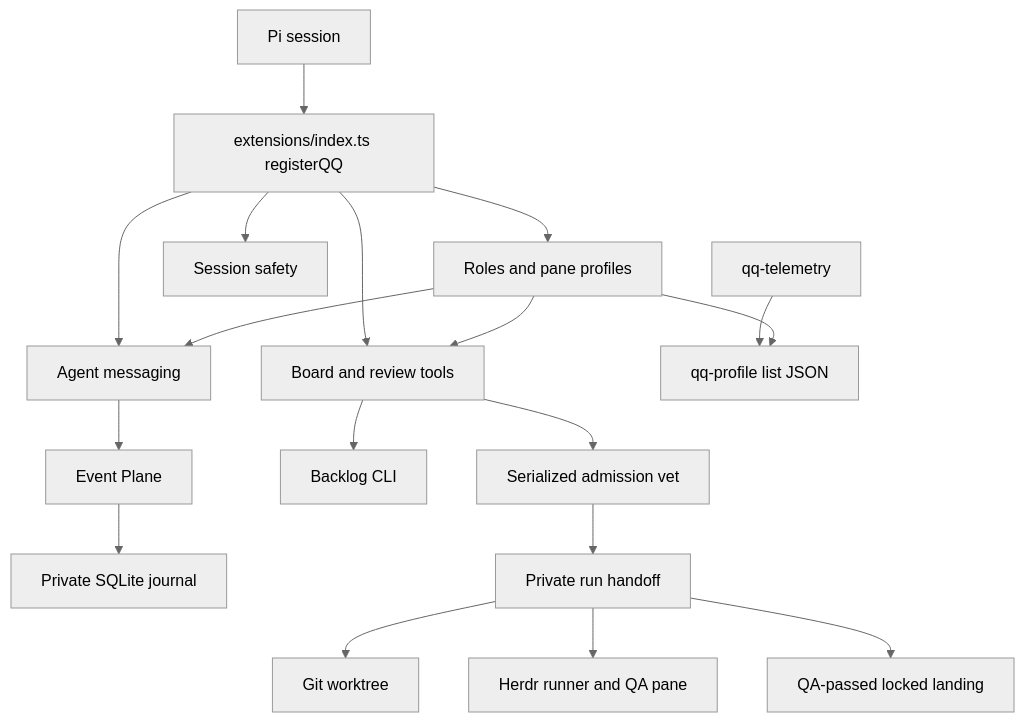
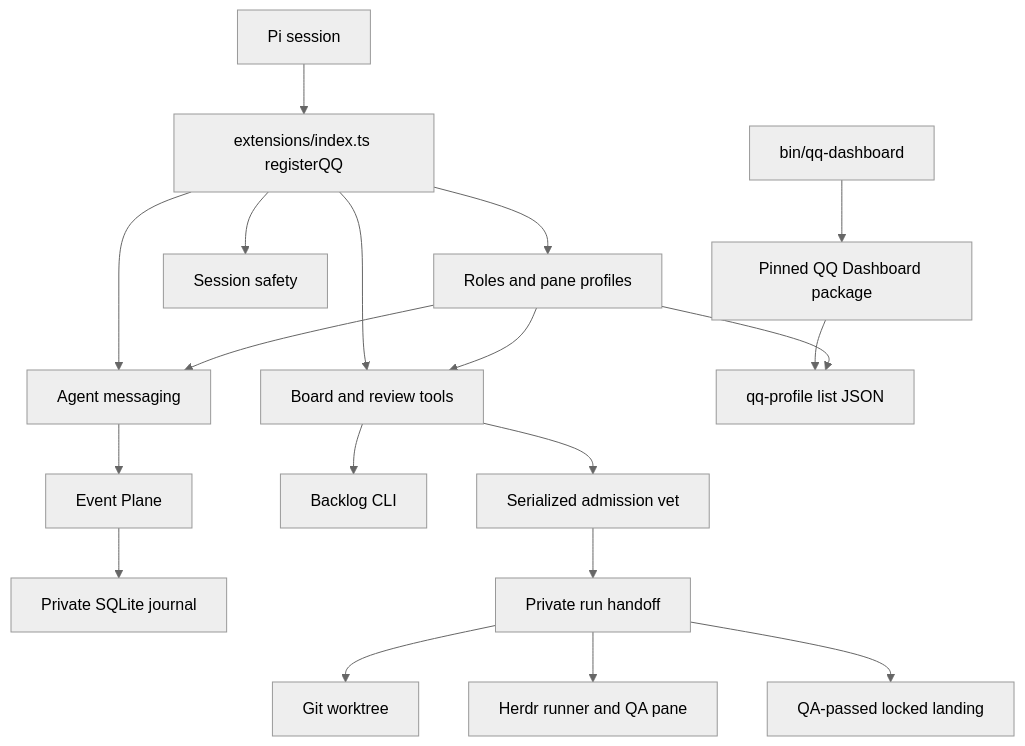
The diagram in openwiki/architecture/overview.md (hypermemetic-ai/qq), drawn with Mermaid (neutral theme) before and after one commit. The commit also changed other lines of this file and 8 other files, not shown here.

````diff
--- a/openwiki/architecture/overview.md
+++ b/openwiki/architecture/overview.md
@@ -19,20 +19,21 @@
 ```mermaid
 flowchart TD
     Pi["Pi session"] --> Root["extensions/index.ts registerQQ"]
     Root --> Profiles["Roles and pane profiles"]
     Root --> Messaging["Agent messaging"]
     Root --> Safety["Session safety"]
     Root --> Board["Board and review tools"]
     Profiles --> Messaging
     Profiles --> Board
     Messaging --> Plane["Event Plane"]
     Plane --> Db["Private SQLite journal"]
     Board --> Backlog["Backlog CLI"]
     Board --> Admission["Serialized admission vet"]
     Admission --> Run["Private run handoff"]
     Run --> Worktree["Git worktree"]
     Run --> Herdr["Herdr runner and QA pane"]
     Run --> Landing["QA-passed locked landing"]
-    Telemetry["qq-telemetry"] --> ProfileCli["qq-profile list JSON"]
+    Dashboard["Pinned QQ Dashboard package"] --> ProfileCli["qq-profile list JSON"]
+    Launcher["bin/qq-dashboard"] --> Dashboard
     Profiles --> ProfileCli
 ```
````
